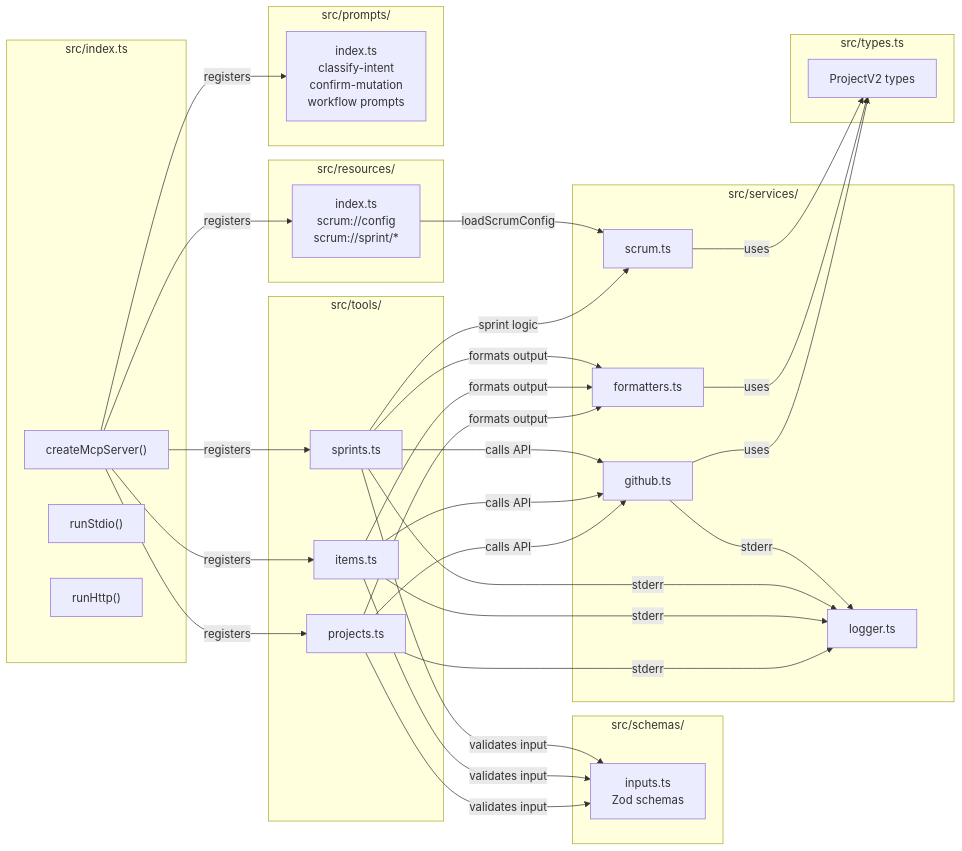
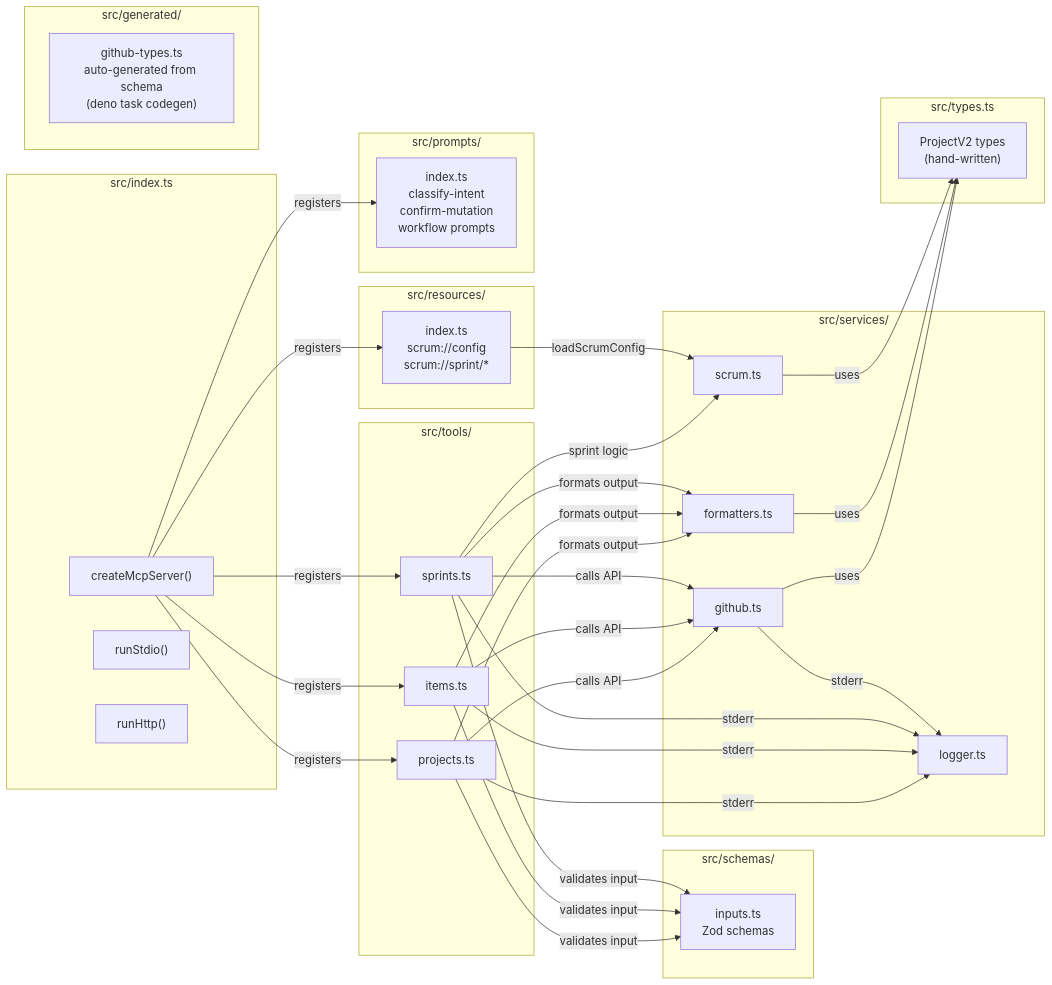
Before and after one commit to hoonsubin/github-projects-mcp-server: the second of 6 diagrams in README.md, drawn with Mermaid. The commit also changed other lines of this file, not shown here.

````diff
--- a/README.md
+++ b/README.md
@@ -68,47 +68,51 @@
 ```mermaid
 flowchart LR
     subgraph Entry["src/index.ts"]
         FACTORY["createMcpServer()"]
         STDIO_T["runStdio()"]
         HTTP_T["runHttp()"]
     end
 
     subgraph Tools["src/tools/"]
         PT["projects.ts"]
         IT["items.ts"]
         ST["sprints.ts"]
     end
 
     subgraph Resources["src/resources/"]
         RES["index.ts\nscrum://config\nscrum://sprint/*"]
     end
 
     subgraph Prompts["src/prompts/"]
         PRO["index.ts\nclassify-intent\nconfirm-mutation\nworkflow prompts"]
     end
 
     subgraph Schemas["src/schemas/"]
         ZOD["inputs.ts\nZod schemas"]
     end
 
     subgraph Services["src/services/"]
         GH["github.ts"]
         LOG["logger.ts"]
         FMTS["formatters.ts"]
         SCRUM["scrum.ts"]
     end
 
     subgraph Types["src/types.ts"]
-        TY["ProjectV2 types"]
+        TY["ProjectV2 types\n(hand-written)"]
+    end
+
+    subgraph Generated["src/generated/"]
+        GT["github-types.ts\nauto-generated from schema\n(deno task codegen)"]
     end
 
     FACTORY -->|registers| PT & IT & ST
     FACTORY -->|registers| RES & PRO
     PT & IT & ST -->|validates input| ZOD
     PT & IT & ST -->|calls API| GH
     PT & IT & ST -->|formats output| FMTS
     PT & IT & ST & GH -->|stderr| LOG
     ST -->|sprint logic| SCRUM
     RES -->|loadScrumConfig| SCRUM
     GH & FMTS & SCRUM -->|uses| TY
 ```
````
